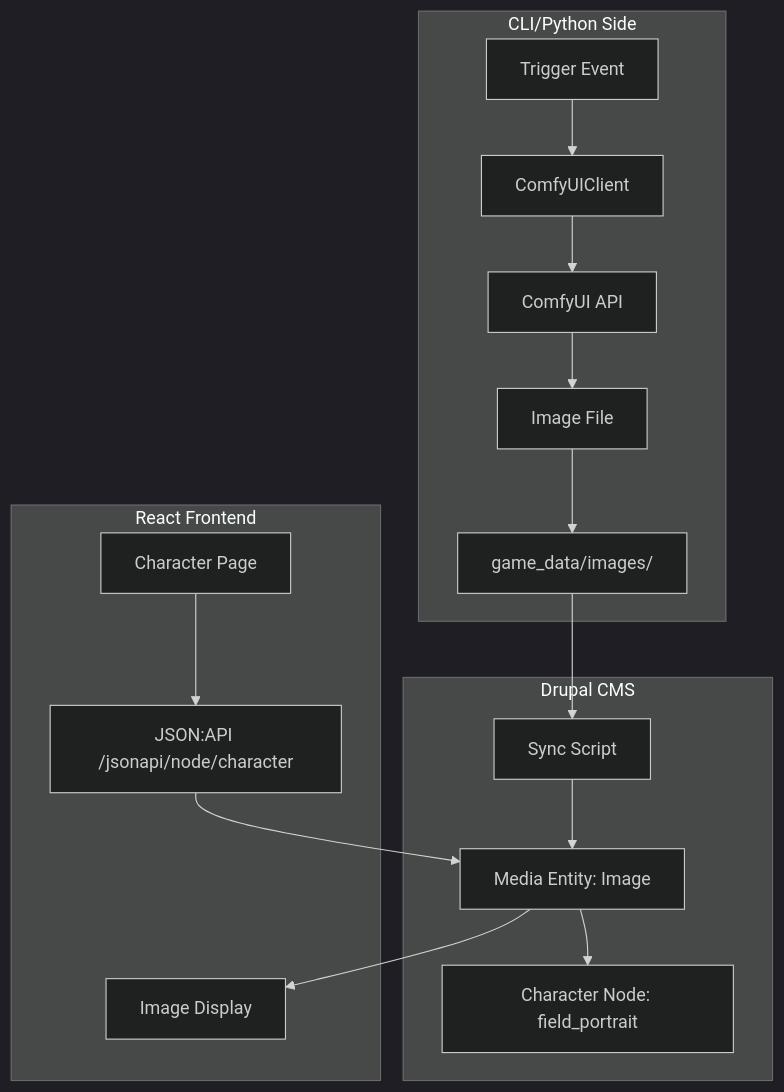
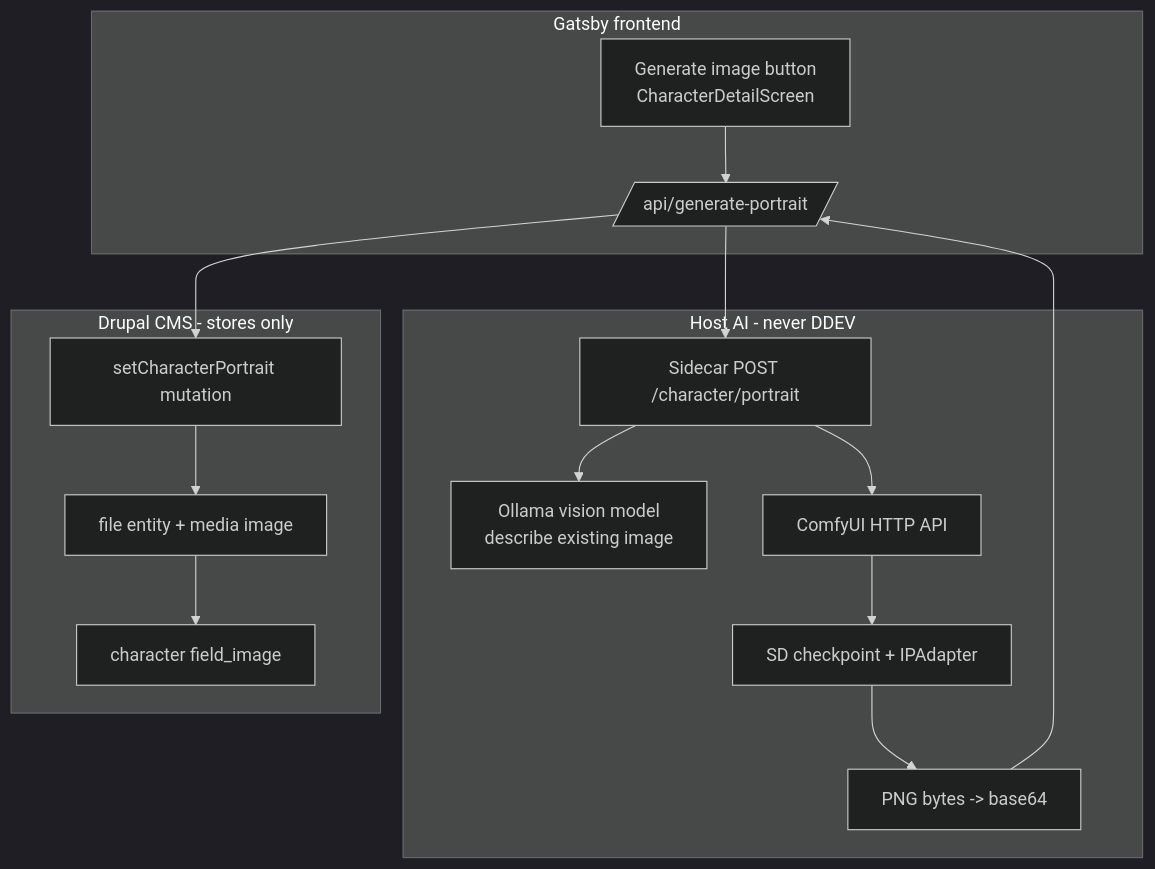
One commit to RKolen/DDCCS changed the diagram in plans/comfyui_integration_plan.md. Above: the diagram before and after it, drawn with Mermaid (dark theme). The commit also changed other lines of this file and 29 other files, not shown here.

````diff
--- a/plans/comfyui_integration_plan.md
+++ b/plans/comfyui_integration_plan.md
@@ -110,21 +63,19 @@
 ```mermaid
 flowchart TD
-    subgraph CLI_Side[CLI/Python Side]
-        A[Trigger Event] --> B[ComfyUIClient]
-        B --> C[ComfyUI API]
-        C --> D[Image File]
-        D --> E[game_data/images/]
+    subgraph FE[Gatsby frontend]
+        A[Generate image button<br/>CharacterDetailScreen] --> B[/api/generate-portrait/]
     end
-
-    subgraph Drupal_Side[Drupal CMS]
-        E --> F[Sync Script]
-        F --> G[Media Entity: Image]
-        G --> H[Character Node: field_portrait]
+    subgraph Host[Host AI - never DDEV]
+        B --> C[Sidecar POST /character/portrait]
+        C --> V[Ollama vision model<br/>describe existing image]
+        C --> D[ComfyUI HTTP API]
+        D --> E[SD checkpoint + IPAdapter]
+        E --> F[PNG bytes -> base64]
     end
-
-    subgraph Web_Side[React Frontend]
-        I[Character Page] --> J[JSON:API /jsonapi/node/character]
-        J --> G
-        G --> K[Image Display]
+    subgraph Drupal[Drupal CMS - stores only]
+        B --> G[setCharacterPortrait mutation]
+        G --> H[file entity + media image]
+        H --> I[character field_image]
     end
+    F --> B
 ```
````
